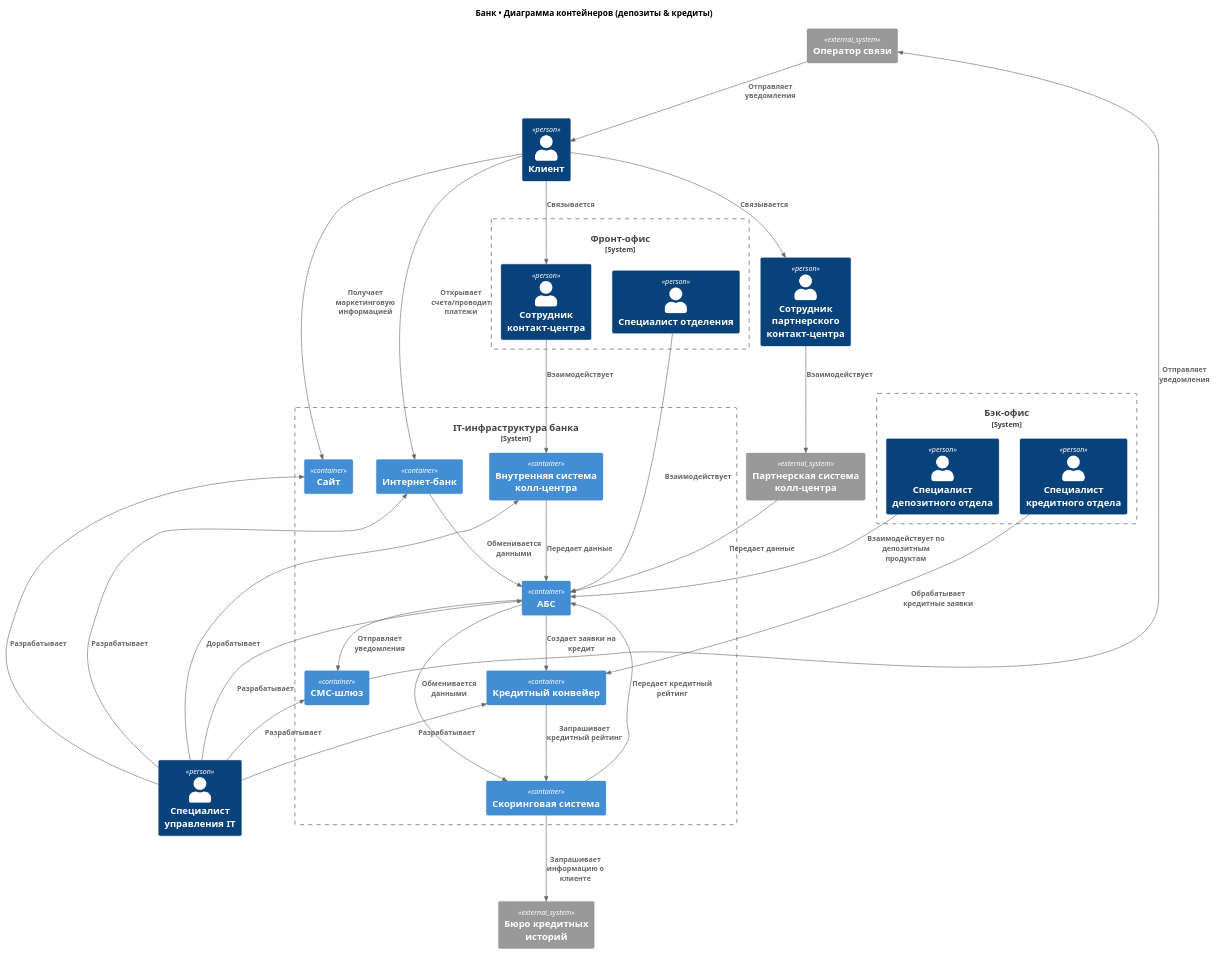
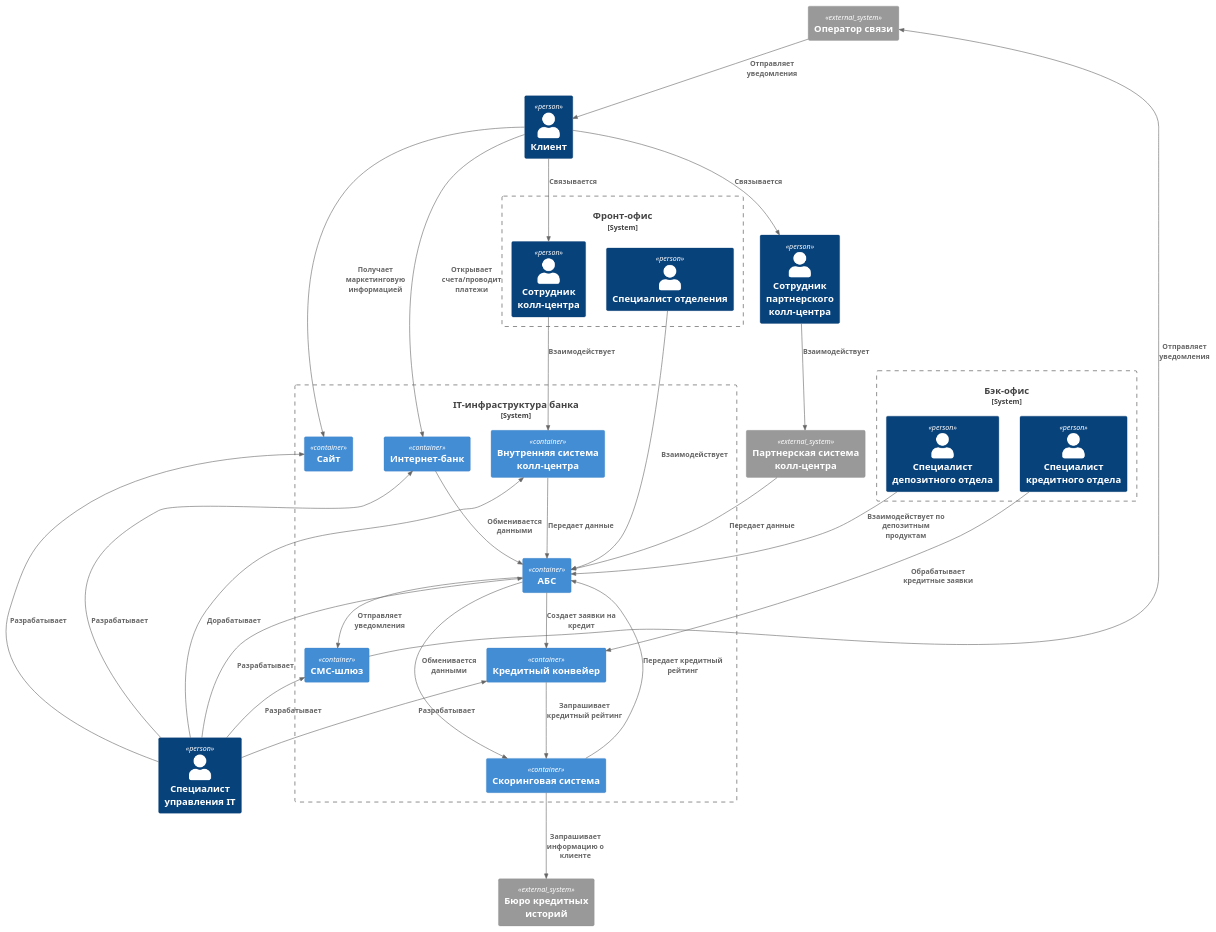
Before and after one commit to JohnnyKikman/architecture-pro-standart: the diagram in Task1/integration.puml, drawn with PlantUML. The commit also changed 4 other files, not shown here.

Commit message:
Task 3 - Deposit process ADR & C4 diagrams

```diff
--- a/Task1/integration.puml
+++ b/Task1/integration.puml
@@ -1,69 +1,67 @@
 @startuml
 !includeurl https://raw.githubusercontent.com/plantuml-stdlib/C4-PlantUML/master/C4_Container.puml
-title Банк • Диаграмма контейнеров (депозиты & кредиты)
 
 Person(customer, "Клиент")
 
 System_Boundary(backOffice, "Бэк-офис") {
     Person(depositSpecialist, "Специалист депозитного отдела")
     Person(creditSpecialist, "Специалист кредитного отдела")
 }
 
 Person(itSpecialist, "Специалист управления IT")
 
 System_Boundary(bankInfra, "IT-инфраструктура банка") {
     Container(abs, "АБС")
     Container(landing, "Сайт")
     Container(internetBank, "Интернет-банк")
     Container(callCenterSystem, "Внутренняя система колл-центра")
     Container(smsGateway, "СМС-шлюз")
     Container(creditConveyor, "Кредитный конвейер")
     Container(scoring, "Скоринговая система")
 }
 System_Ext(bki, "Бюро кредитных историй")
 System_Ext(carrier, "Оператор связи")
 System_Ext(externalCallCenterSystem, "Партнерская система колл-центра")
 
 System_Boundary(frontOffice, "Фронт-офис") {
     Person(officeSpecialist, "Специалист отделения")
-    Person(callCenterSpecialist, "Сотрудник контакт-центра")
+    Person(callCenterSpecialist, "Сотрудник колл-центра")
 }
-Person(externalCallCenterSpecialist, "Сотрудник партнерского контакт-центра")
+Person(externalCallCenterSpecialist, "Сотрудник партнерского колл-центра")
 
 
 Rel(customer, landing, "Получает маркетинговую информацией")
 Rel(customer, internetBank, "Открывает счета/проводит платежи")
 Rel(customer, callCenterSpecialist, "Связывается")
 Rel(customer, externalCallCenterSpecialist, "Связывается")
 
 Rel(internetBank, abs, "Обменивается данными")
 
 Rel(officeSpecialist, abs, "Взаимодействует")
 
 Rel(depositSpecialist, abs, "Взаимодействует по депозитным продуктам")
 
 Rel(creditSpecialist, creditConveyor, "Обрабатывает кредитные заявки")
 Rel(abs, creditConveyor, "Создает заявки на кредит")
 Rel(creditConveyor, scoring, "Запрашивает кредитный рейтинг")
 Rel(abs, scoring, "Обменивается данными")
 Rel(scoring, abs, "Передает кредитный рейтинг")
 Rel(scoring, bki, "Запрашивает информацию о клиенте")
 
 Rel(callCenterSpecialist, callCenterSystem, "Взаимодействует")
 Rel(callCenterSystem, abs, "Передает данные")
 Rel(externalCallCenterSpecialist, externalCallCenterSystem, "Взаимодействует")
 Rel(externalCallCenterSystem, abs, "Передает данные")
 
 Rel_U(itSpecialist, abs, "Разрабатывает")
 Rel_U(itSpecialist, landing, "Разрабатывает")
 Rel_U(itSpecialist, internetBank, "Разрабатывает")
 Rel_U(itSpecialist, callCenterSystem, "Дорабатывает")
 Rel_U(itSpecialist, creditConveyor, "Разрабатывает")
 Rel_U(itSpecialist, smsGateway, "Разрабатывает")
 
 Rel(abs, smsGateway, "Отправляет уведомления")
 Rel(smsGateway, carrier, "Отправляет уведомления")
 Rel(carrier, customer, "Отправляет уведомления")
 
-
 @enduml
```
